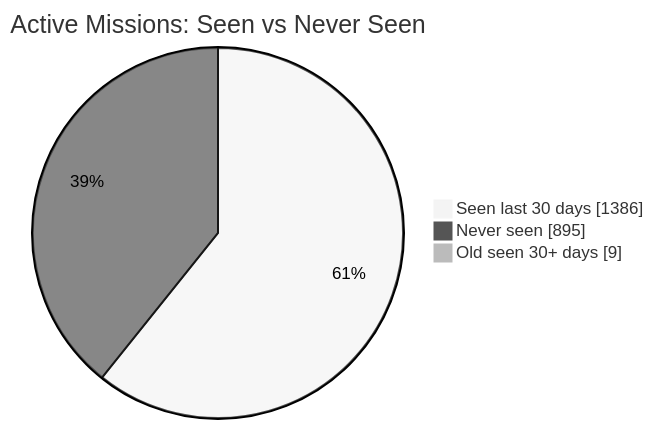
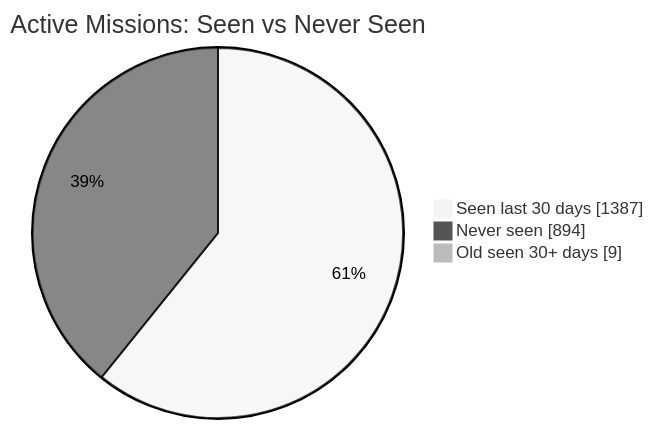
One commit to MeldkamerspelGameTeam/active-missions changed the first of 2 diagrams in README.md. Above: the diagram before and after it, drawn with Mermaid (neutral theme). The commit also changed other lines of this file and 4 other files, not shown here.

````diff
--- a/README.md
+++ b/README.md
@@ -34,7 +34,7 @@
 ```mermaid
 pie showData
     title Active Missions: Seen vs Never Seen
-    "Seen last 30 days" : 1386
-    "Never seen" : 895
+    "Seen last 30 days" : 1387
+    "Never seen" : 894
     "Old seen 30+ days" : 9
 ```
````
